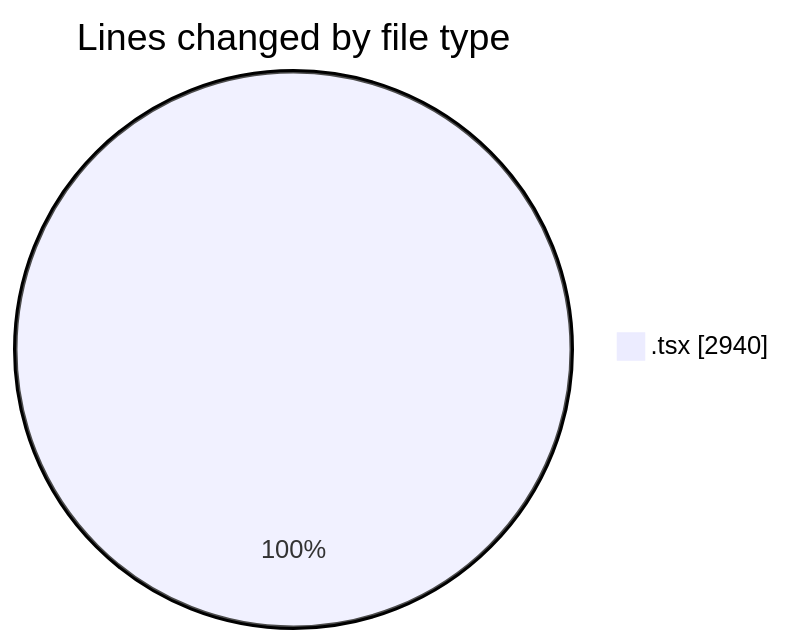
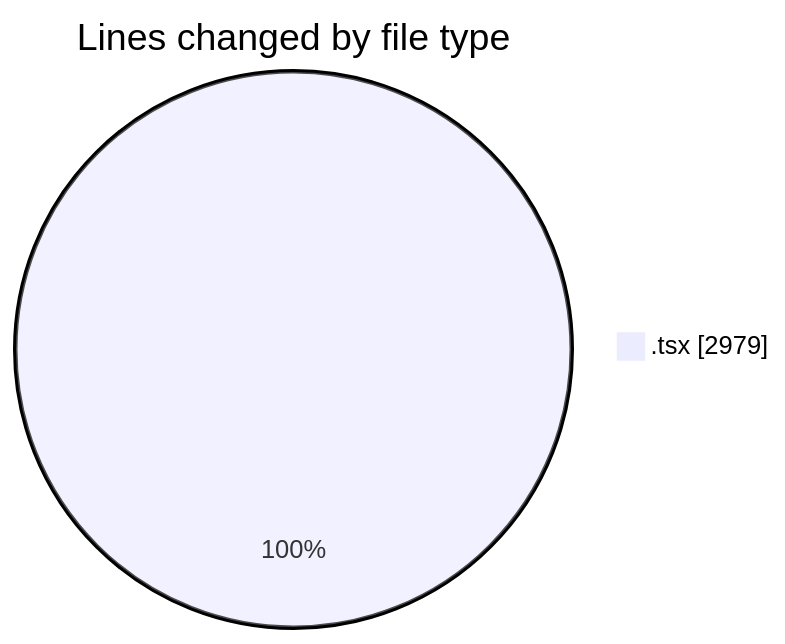
One commit to nxtqubesakshisongat/code-tracking changed the first of 2 diagrams in 2026-04-09/airfeed-analytics-dashboard/README.md. Above: the diagram before and after it, drawn with Mermaid. The commit also changed other lines of this file and 1 other file, not shown here.

````diff
--- a/2026-04-09/airfeed-analytics-dashboard/README.md
+++ b/2026-04-09/airfeed-analytics-dashboard/README.md
@@ -27,5 +27,5 @@
 ```mermaid
 pie showData
 title Lines changed by file type
-".tsx" : 2940
+".tsx" : 2979
 ```
````
